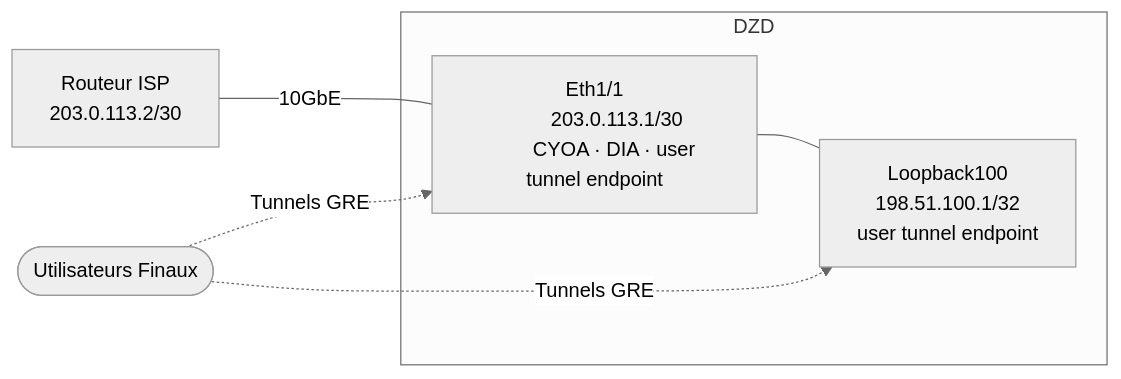
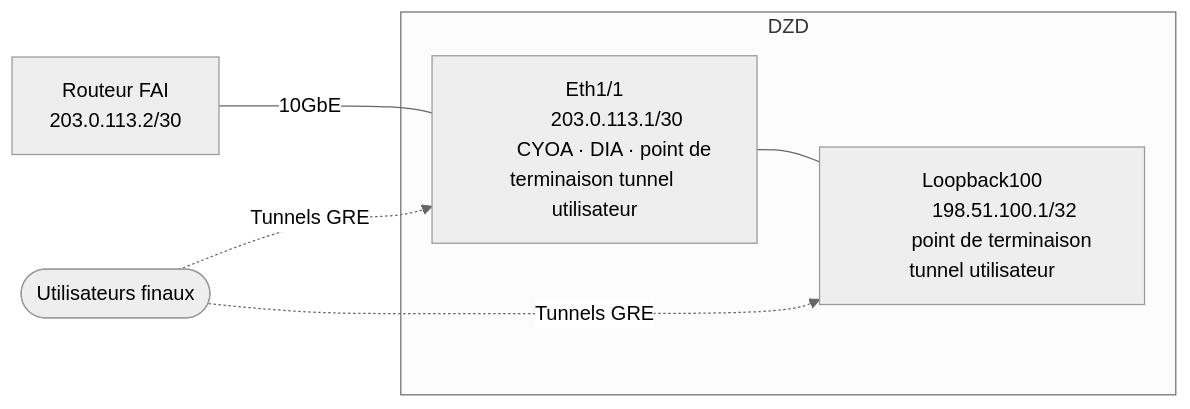
The eighth of 9 diagrams in docs/contribute-provisioning.fr.md (malbeclabs/docs), drawn with Mermaid (neutral theme) before and after one commit. The commit also changed other lines of this file and 34 other files, not shown here.

````diff
--- a/docs/contribute-provisioning.fr.md
+++ b/docs/contribute-provisioning.fr.md
@@ -392,20 +503,20 @@
 ```mermaid
 flowchart LR
-    USERS(["Utilisateurs Finaux"])
+    USERS(["Utilisateurs finaux"])
 
     subgraph DZD["DZD"]
         E1["Eth1/1
         203.0.113.1/30
-        CYOA · DIA · user tunnel endpoint"]
+        CYOA · DIA · point de terminaison tunnel utilisateur"]
         LO["Loopback100
-        198.51.100.1/32\n        user tunnel endpoint"]
+        198.51.100.1/32\n        point de terminaison tunnel utilisateur"]
         E1 --- LO
     end
 
-    ISP["Routeur ISP
+    ISP["Routeur FAI
     203.0.113.2/30"]
 
     ISP -- "10GbE" --- E1
     USERS -. "Tunnels GRE" .-> E1
     USERS -. "Tunnels GRE" .-> LO
 ```
````
